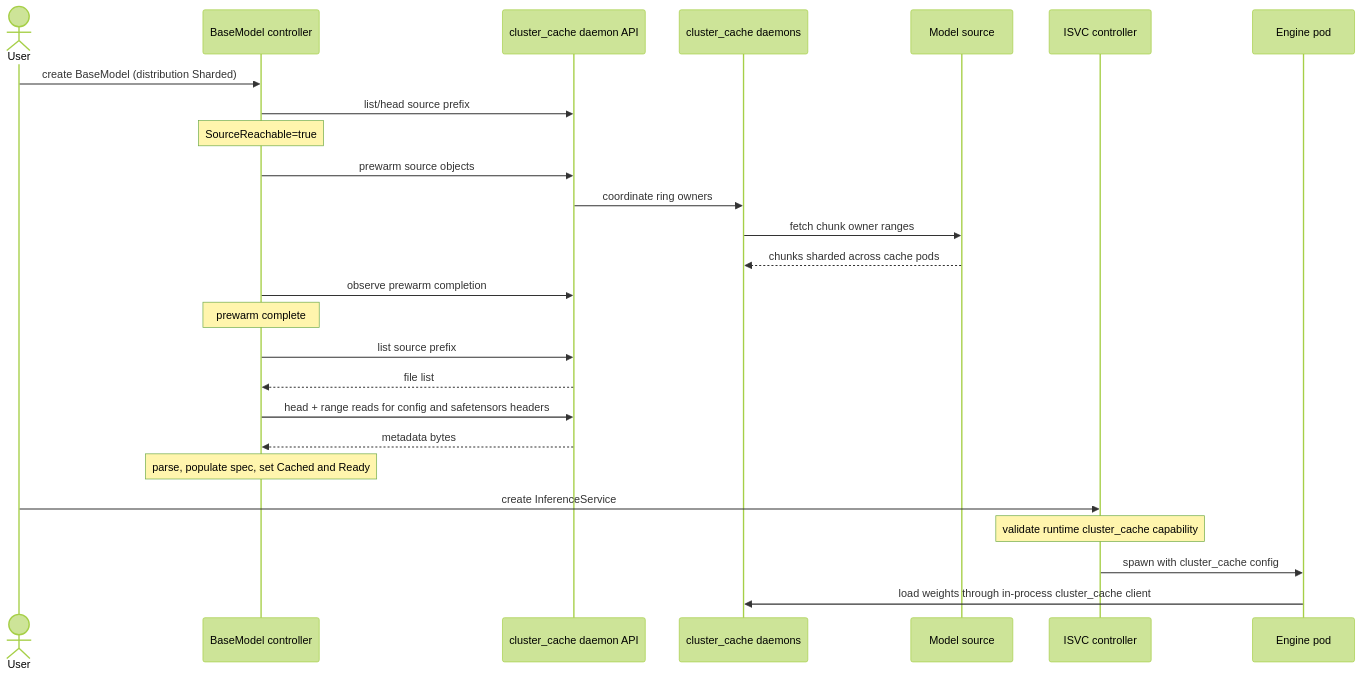
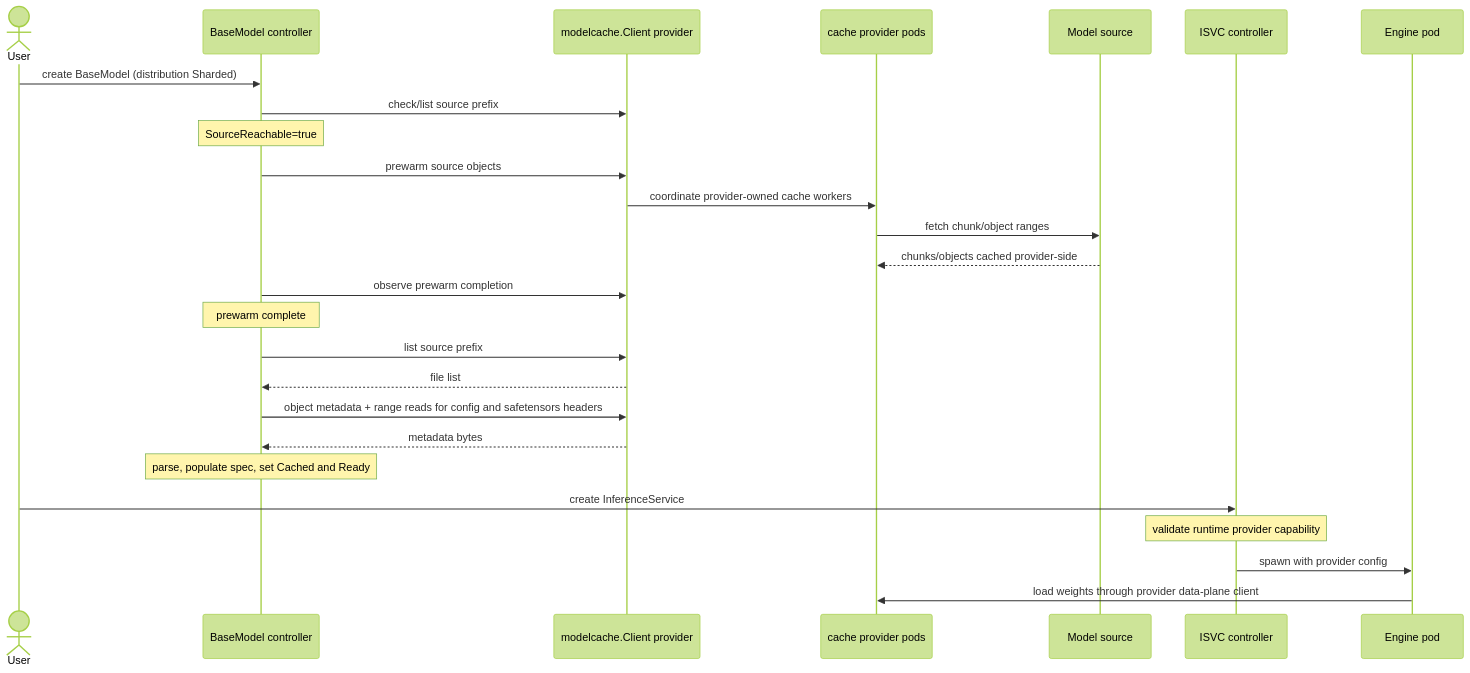
One commit to shaodianwang/ome changed the diagram in oeps/0009-ome-cluster-cache-integration/README.md. Above: the diagram before and after it, drawn with Mermaid (forest theme). The commit also changed other lines of this file and 1 other file, not shown here.

Commit message:
[OEP] Add model cache provider design (#41)

````diff
--- a/oeps/0009-ome-cluster-cache-integration/README.md
+++ b/oeps/0009-ome-cluster-cache-integration/README.md
@@ -303,31 +400,31 @@
 ```mermaid
 sequenceDiagram
     actor U as User
     participant BMC as BaseModel controller
-    participant CCAPI as cluster_cache daemon API
-    participant CC as cluster_cache daemons
+    participant MCP as modelcache.Client provider
+    participant CACHE as cache provider pods
     participant SRC as Model source
     participant ISVC as ISVC controller
     participant ENG as Engine pod
 
     U->>BMC: create BaseModel (distribution Sharded)
-    BMC->>CCAPI: list/head source prefix
+    BMC->>MCP: check/list source prefix
     Note over BMC: SourceReachable=true
-    BMC->>CCAPI: prewarm source objects
-    CCAPI->>CC: coordinate ring owners
-    CC->>SRC: fetch chunk owner ranges
-    SRC-->>CC: chunks sharded across cache pods
-    BMC->>CCAPI: observe prewarm completion
+    BMC->>MCP: prewarm source objects
+    MCP->>CACHE: coordinate provider-owned cache workers
+    CACHE->>SRC: fetch chunk/object ranges
+    SRC-->>CACHE: chunks/objects cached provider-side
+    BMC->>MCP: observe prewarm completion
     Note over BMC: prewarm complete
 
-    BMC->>CCAPI: list source prefix
-    CCAPI-->>BMC: file list
-    BMC->>CCAPI: head + range reads for config and safetensors headers
-    CCAPI-->>BMC: metadata bytes
+    BMC->>MCP: list source prefix
+    MCP-->>BMC: file list
+    BMC->>MCP: object metadata + range reads for config and safetensors headers
+    MCP-->>BMC: metadata bytes
     Note over BMC: parse, populate spec, set Cached and Ready
 
     U->>ISVC: create InferenceService
-    Note over ISVC: validate runtime cluster_cache capability
-    ISVC->>ENG: spawn with cluster_cache config
-    ENG->>CC: load weights through in-process cluster_cache client
+    Note over ISVC: validate runtime provider capability
+    ISVC->>ENG: spawn with provider config
+    ENG->>CACHE: load weights through provider data-plane client
 ```
````
